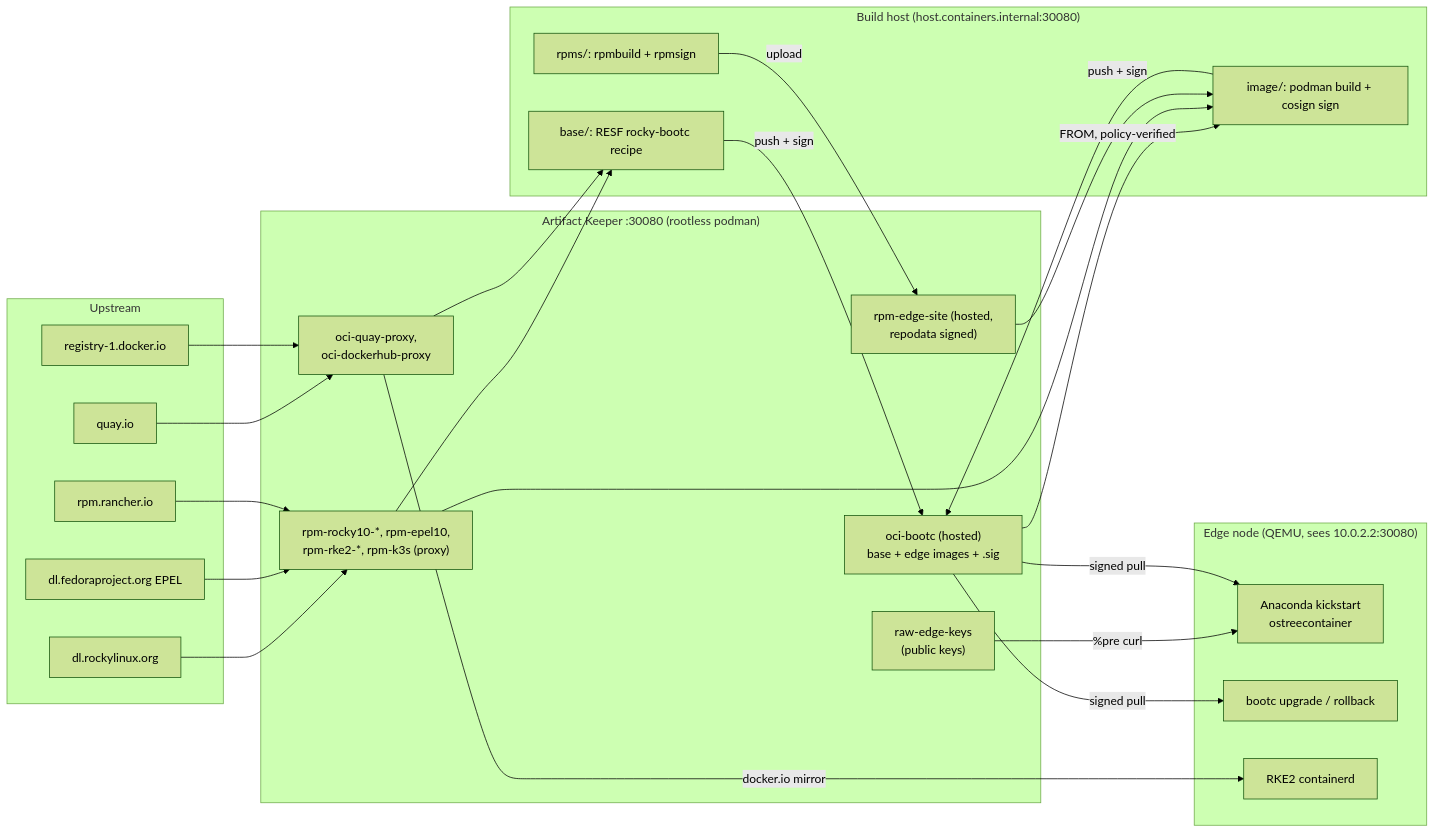
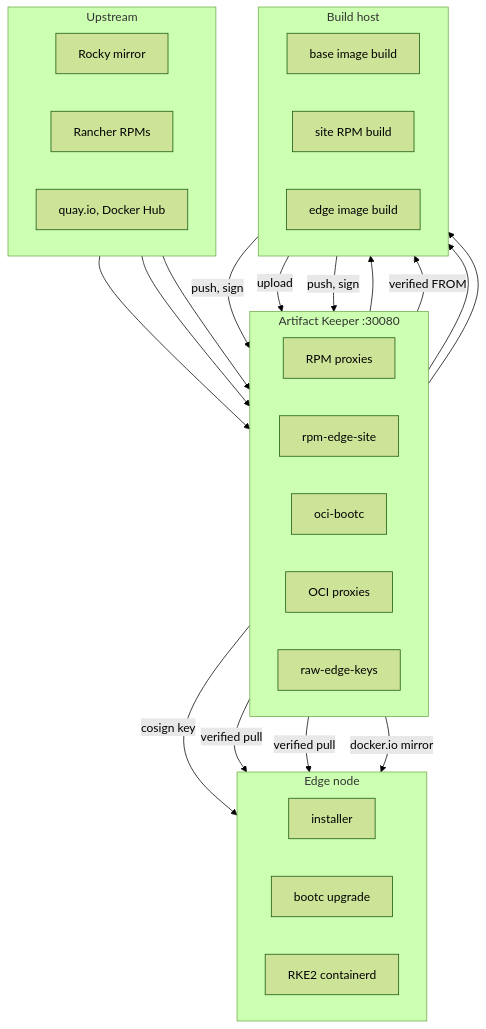
The diagram in docs/index.md (brandonrc/rocky-custom-baremetal-deployment), drawn with Mermaid (forest theme) before and after one commit. The commit also changed other lines of this file and 12 other files, not shown here.

````diff
--- a/docs/index.md
+++ b/docs/index.md
@@ -36,50 +47,49 @@
 ```mermaid
-flowchart LR
-  subgraph upstream[Upstream]
-    rocky[dl.rockylinux.org]
-    epel[dl.fedoraproject.org EPEL]
-    rancher[rpm.rancher.io]
-    quay[quay.io]
-    hub[registry-1.docker.io]
+flowchart TB
+  subgraph up[Upstream]
+    direction LR
+    rocky[Rocky mirror]
+    rancher[Rancher RPMs]
+    hub[quay.io, Docker Hub]
   end
 
-  subgraph ak["Artifact Keeper :30080 (rootless podman)"]
-    rpmproxy["rpm-rocky10-*, rpm-epel10,<br/>rpm-rke2-*, rpm-k3s (proxy)"]
-    rpmsite["rpm-edge-site (hosted,<br/>repodata signed)"]
-    ocibootc["oci-bootc (hosted)<br/>base + edge images + .sig"]
-    ociproxy["oci-quay-proxy,<br/>oci-dockerhub-proxy"]
-    keys["raw-edge-keys<br/>(public keys)"]
+  subgraph ak["Artifact Keeper :30080"]
+    direction LR
+    rpmproxy[RPM proxies]
+    rpmsite[rpm-edge-site]
+    ocibootc[oci-bootc]
+    ociproxy[OCI proxies]
+    keys[raw-edge-keys]
+  end
+
+  subgraph build[Build host]
+    direction LR
+    basebuild[base image build]
+    rpmbuild[site RPM build]
+    imgbuild[edge image build]
+  end
+
+  subgraph node["Edge node"]
+    direction LR
+    anaconda[installer]
+    bootc[bootc upgrade]
+    rke2[RKE2 containerd]
   end
 
   rocky --> rpmproxy
-  epel --> rpmproxy
   rancher --> rpmproxy
-  quay --> ociproxy
   hub --> ociproxy
 
-  subgraph build["Build host (host.containers.internal:30080)"]
-    basebuild["base/: RESF rocky-bootc recipe"]
-    rpmbuild["rpms/: rpmbuild + rpmsign"]
-    imgbuild["image/: podman build + cosign sign"]
-  end
-
   rpmproxy --> basebuild
-  ociproxy --> basebuild
-  basebuild -->|push + sign| ocibootc
+  basebuild -->|push, sign| ocibootc
   rpmbuild -->|upload| rpmsite
-  ocibootc -->|FROM, policy-verified| imgbuild
+  ocibootc -->|verified FROM| imgbuild
   rpmproxy --> imgbuild
   rpmsite --> imgbuild
-  imgbuild -->|push + sign| ocibootc
+  imgbuild -->|push, sign| ocibootc
 
-  subgraph node["Edge node (QEMU, sees 10.0.2.2:30080)"]
-    anaconda["Anaconda kickstart<br/>ostreecontainer"]
-    bootc["bootc upgrade / rollback"]
-    rke2["RKE2 containerd"]
-  end
-
-  keys -->|"%pre curl"| anaconda
-  ocibootc -->|signed pull| anaconda
-  ocibootc -->|signed pull| bootc
+  keys -->|cosign key| anaconda
+  ocibootc -->|verified pull| anaconda
+  ocibootc -->|verified pull| bootc
   ociproxy -->|docker.io mirror| rke2
 ```
````
